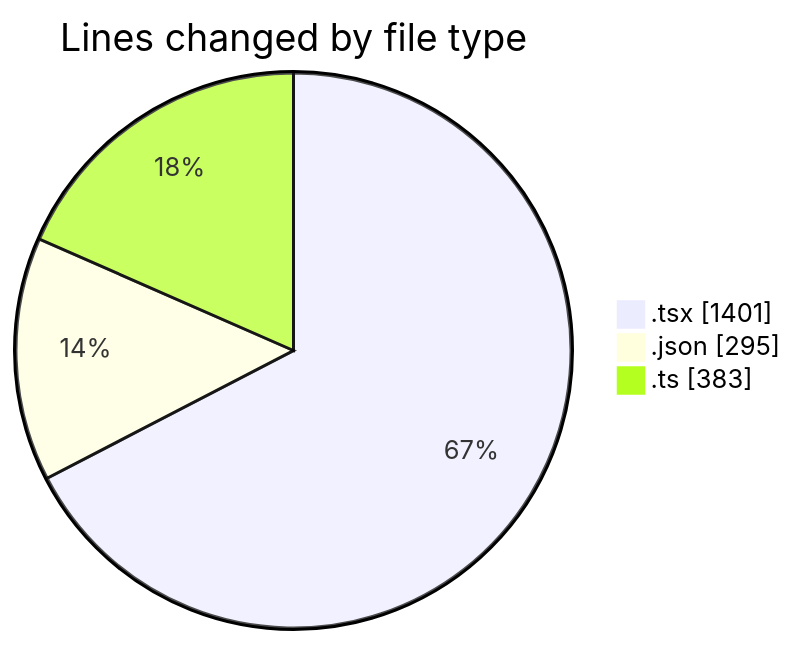
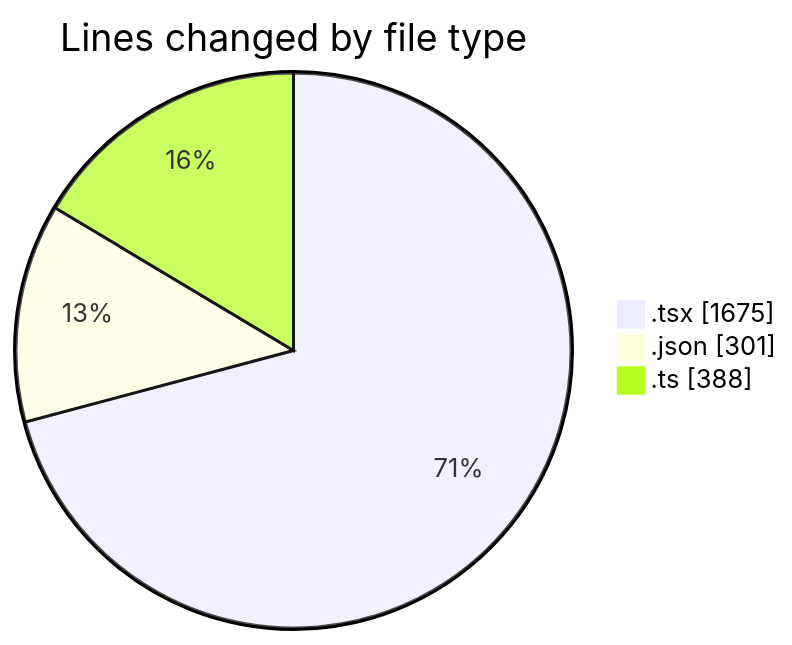
The first of 2 diagrams in 2025-10-11/eventscop-frontend-guide__workspace_/README.md (julien-gomy/code-tracking), drawn with Mermaid before and after one commit. The commit also changed other lines of this file and 1 other file, not shown here.

````diff
--- a/2025-10-11/eventscop-frontend-guide__workspace_/README.md
+++ b/2025-10-11/eventscop-frontend-guide__workspace_/README.md
@@ -34,7 +37,7 @@
 ```mermaid
 pie showData
 title Lines changed by file type
-".tsx" : 1401
-".json" : 295
-".ts" : 383
+".tsx" : 1675
+".json" : 301
+".ts" : 388
 ```
````
